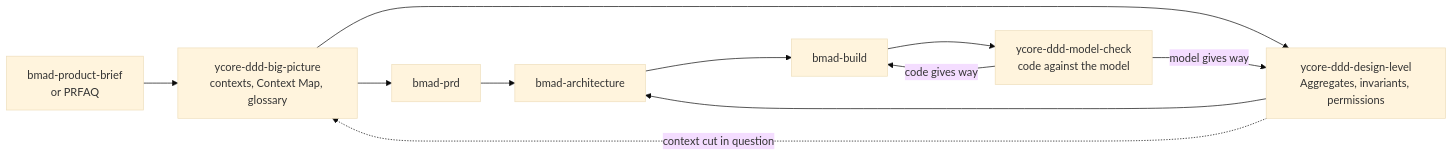
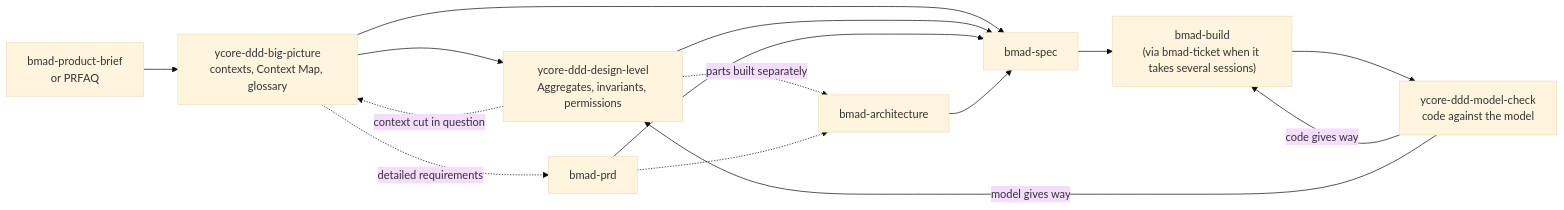
Before and after one commit to y-core-engineering/bmad-ddd-module: the first of 4 diagrams in README.md, drawn with Mermaid (base theme). The commit also changed other lines of this file and 3 other files, not shown here.

First line of the commit message:
docs: place bmad-prd, bmad-architecture and bmad-spec in the chain

````diff
--- a/README.md
+++ b/README.md
@@ -19,13 +19,17 @@
 ```mermaid
 flowchart LR
     brief["bmad-product-brief<br/>or PRFAQ"] --> bp["ycore-ddd-big-picture<br/>contexts, Context Map, glossary"]
-    bp --> prd["bmad-prd"]
     bp --> dl["ycore-ddd-design-level<br/>Aggregates, invariants, permissions"]
-    prd --> arch["bmad-architecture"]
-    dl --> arch
-    arch --> build["bmad-build"]
+    bp -. "detailed requirements" .-> prd["bmad-prd"]
+    dl -. "parts built separately" .-> arch["bmad-architecture"]
+    prd -.-> arch
+    bp --> spec["bmad-spec"]
+    dl --> spec
+    prd --> spec
+    arch --> spec
+    spec --> build["bmad-build<br/>(via bmad-ticket when it takes several sessions)"]
     build --> mc["ycore-ddd-model-check<br/>code against the model"]
     mc -- "code gives way" --> build
     mc -- "model gives way" --> dl
     dl -. "context cut in question" .-> bp
 ```
````
